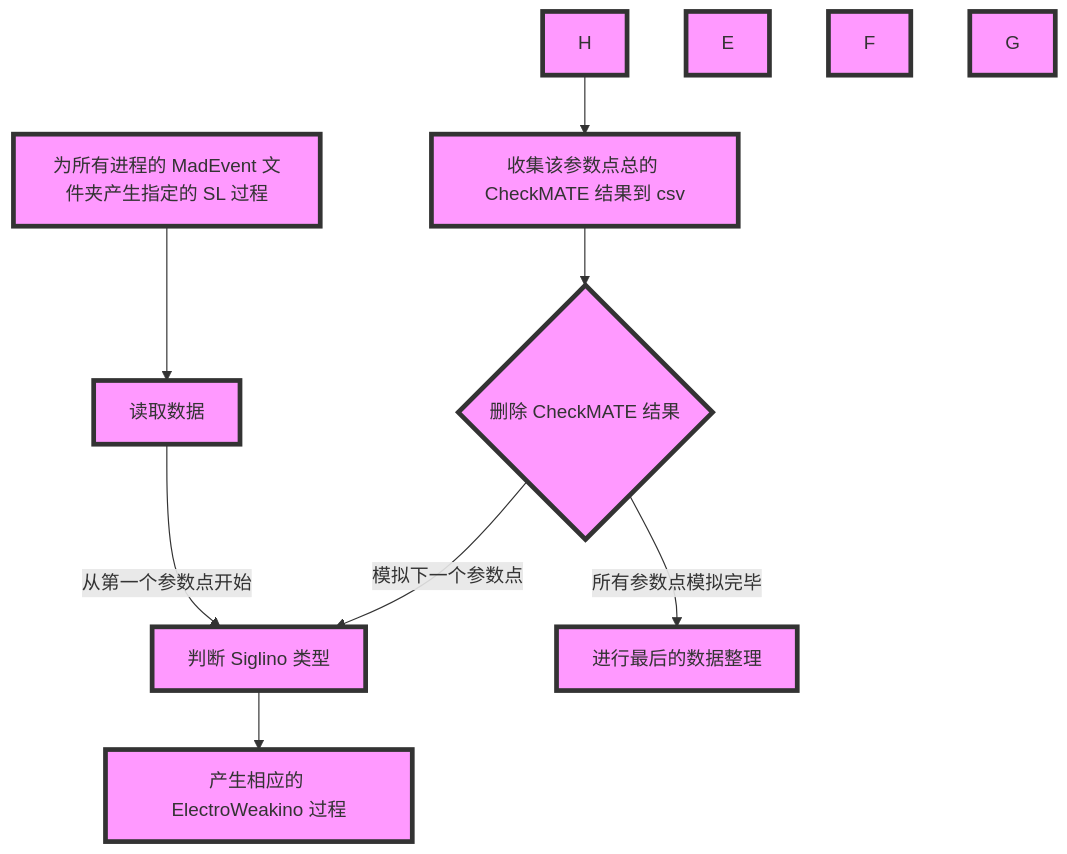
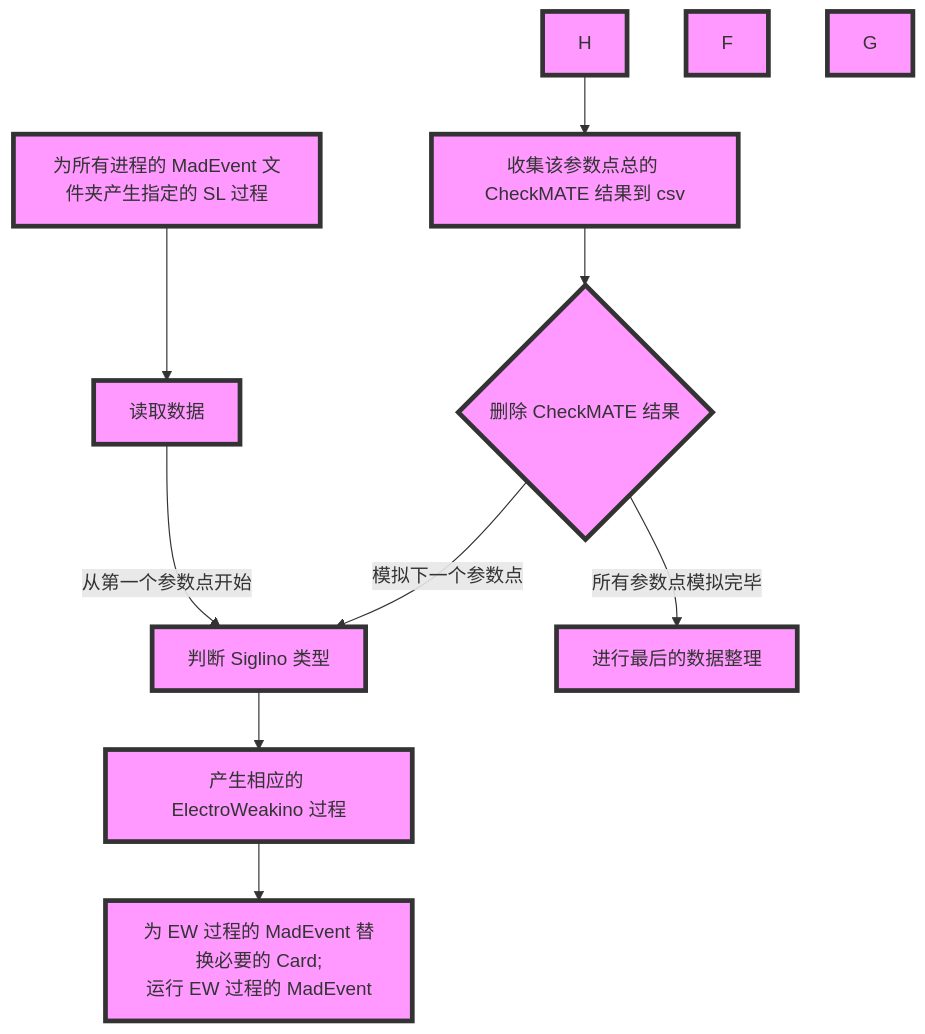
One commit to vooum/SUSYphe changed the first of 10 diagrams in README.md. Above: the diagram before and after it, drawn with Mermaid.

Commit message:
测试

````diff
--- a/README.md
+++ b/README.md
@@ -60,21 +60,22 @@
 ```mermaid
 graph TB
     A[为所有进程的 MadEvent 文件夹产生指定的 SL 过程] --> B[读取数据];
     B --> |从第一个参数点开始| C[判断 Siglino 类型];
     C --> D[产生相应的 ElectroWeakino 过程];
+    D --> E[为 EW 过程的 MadEvent 替换必要的 Card;<br/>运行 EW 过程的 MadEvent];
     H --> I[收集该参数点总的 CheckMATE 结果到 csv];
     I --> J{删除 CheckMATE 结果};
     J --> |模拟下一个参数点|C;
     J --> |所有参数点模拟完毕|K[进行最后的数据整理];
     style A fill:#f9f,stroke:#333,stroke-width:4px;
     style B fill:#f9f,stroke:#333,stroke-width:4px;
     style C fill:#f9f,stroke:#333,stroke-width:4px;
     style D fill:#f9f,stroke:#333,stroke-width:4px;
     style E fill:#f9f,stroke:#333,stroke-width:4px;
     style F fill:#f9f,stroke:#333,stroke-width:4px;
     style G fill:#f9f,stroke:#333,stroke-width:4px;
     style H fill:#f9f,stroke:#333,stroke-width:4px;
     style I fill:#f9f,stroke:#333,stroke-width:4px;
     style J fill:#f9f,stroke:#333,stroke-width:4px;
     style K fill:#f9f,stroke:#333,stroke-width:4px;
 ```
````
